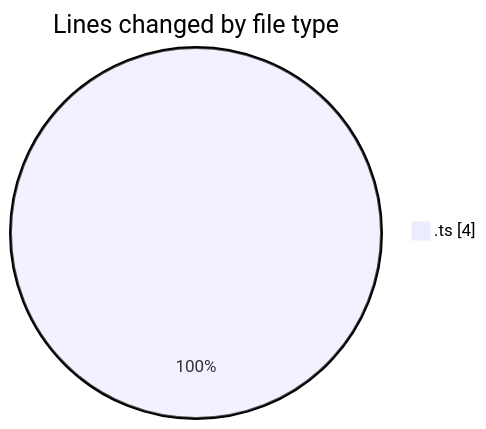
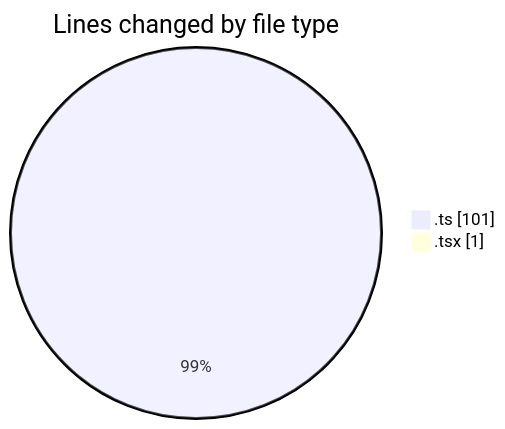
One commit to julien-gomy/code-tracking changed the first of 2 diagrams in 2025-10-28/eventscop-frontend-guide__workspace_/README.md. Above: the diagram before and after it, drawn with Mermaid. The commit also changed other lines of this file and 1 other file, not shown here.

````diff
--- a/2025-10-28/eventscop-frontend-guide__workspace_/README.md
+++ b/2025-10-28/eventscop-frontend-guide__workspace_/README.md
@@ -20,5 +22,6 @@
 ```mermaid
 pie showData
 title Lines changed by file type
-".ts" : 4
+".ts" : 101
+".tsx" : 1
 ```
````
